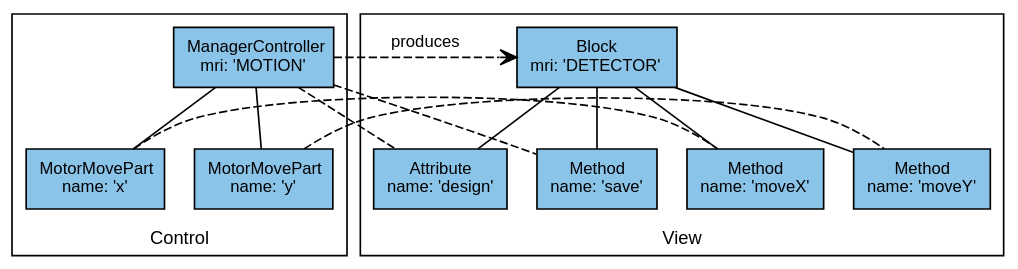
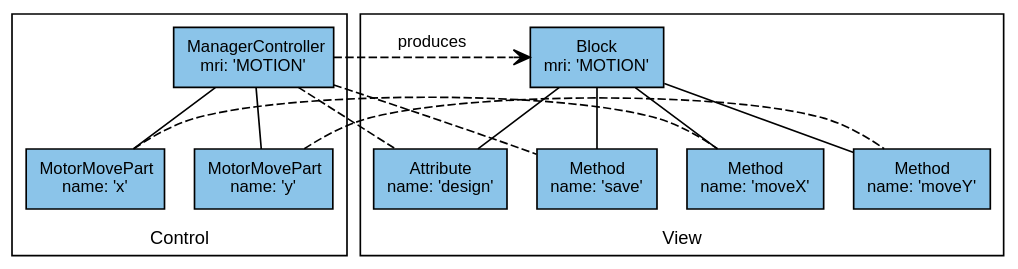
One commit to DiamondLightSource/pymalcolm changed the second of 2 diagrams in docs/tutorials/motion.rst. Above: the diagram before and after it, drawn with Graphviz. The commit also changed 3 other files, not shown here.

```diff
--- a/docs/tutorials/motion.rst
+++ b/docs/tutorials/motion.rst
@@ -186,42 +186,42 @@
 .. digraph:: motion_controllers_and_parts
 
     newrank=true;  // Sensible ranking of clusters
     bgcolor=transparent
     node [fontname=Arial fontsize=10 shape=rect style=filled fillcolor="#8BC4E9"]
     graph [fontname=Arial fontsize=11]
     edge [fontname=Arial fontsize=10 arrowhead=none]
 
     controller [label=<ManagerController<BR/>mri: 'MOTION'>]
     mpart1 [label=<MotorMovePart<BR/>name: 'x'>]
     mpart2 [label=<MotorMovePart<BR/>name: 'y'>]
 
     subgraph cluster_control {
         label="Control"
         labelloc="b"
         controller -> mpart1
         controller -> mpart2
     }
 
-    block [label=<Block<BR/>mri: 'DETECTOR'>]
+    block [label=<Block<BR/>mri: 'MOTION'>]
     design [label=<Attribute<BR/>name: 'design'>]
     save [label=<Method<BR/>name: 'save'>]
     moveX [label=<Method<BR/>name: 'moveX'>]
     moveY [label=<Method<BR/>name: 'moveY'>]
 
     subgraph cluster_view {
         label="View"
         labelloc="b"
         block -> design
         block -> save
         block -> moveX
         block -> moveY
     }
 
     {rank=same;controller block}
     {rank=same;mpart1 mpart2 design save moveX moveY}
 
     mpart1 -> moveX [style=dashed]
     mpart2 -> moveY [style=dashed]
     controller -> design [style=dashed]
     controller -> save [style=dashed]
     controller -> block [arrowhead=vee dir=from style=dashed label=produces]
```
